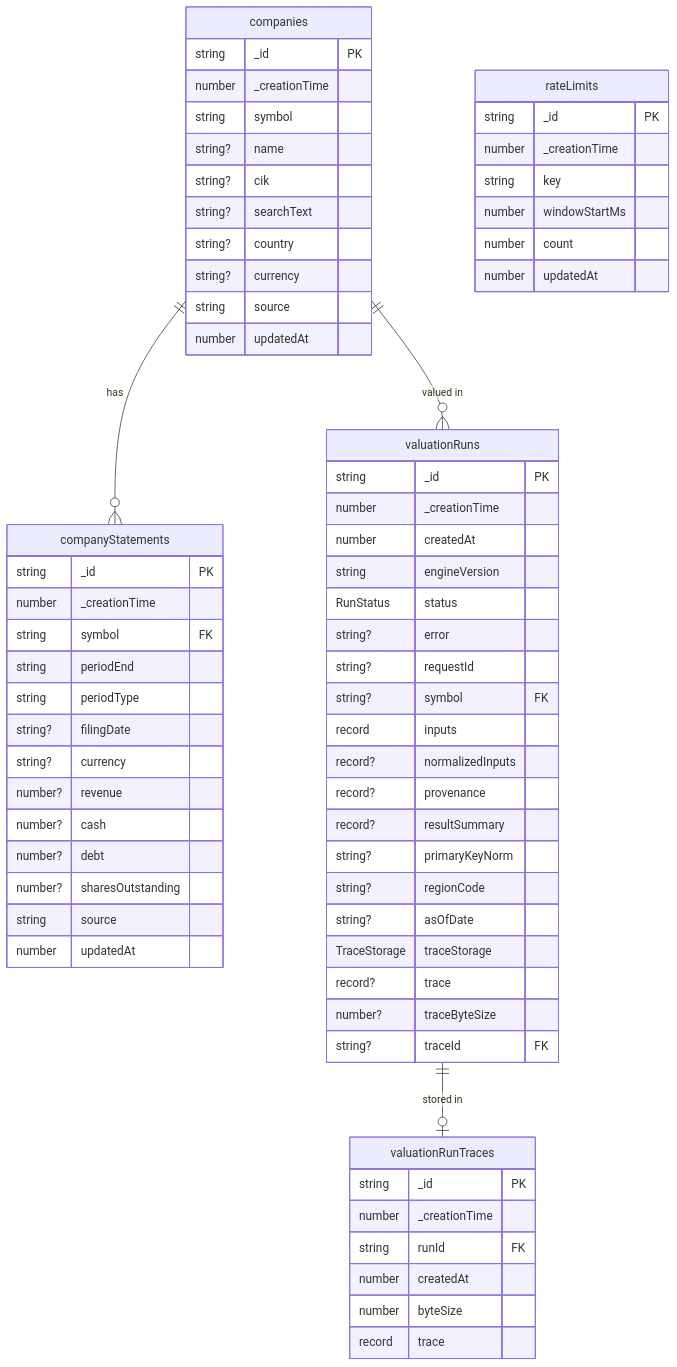
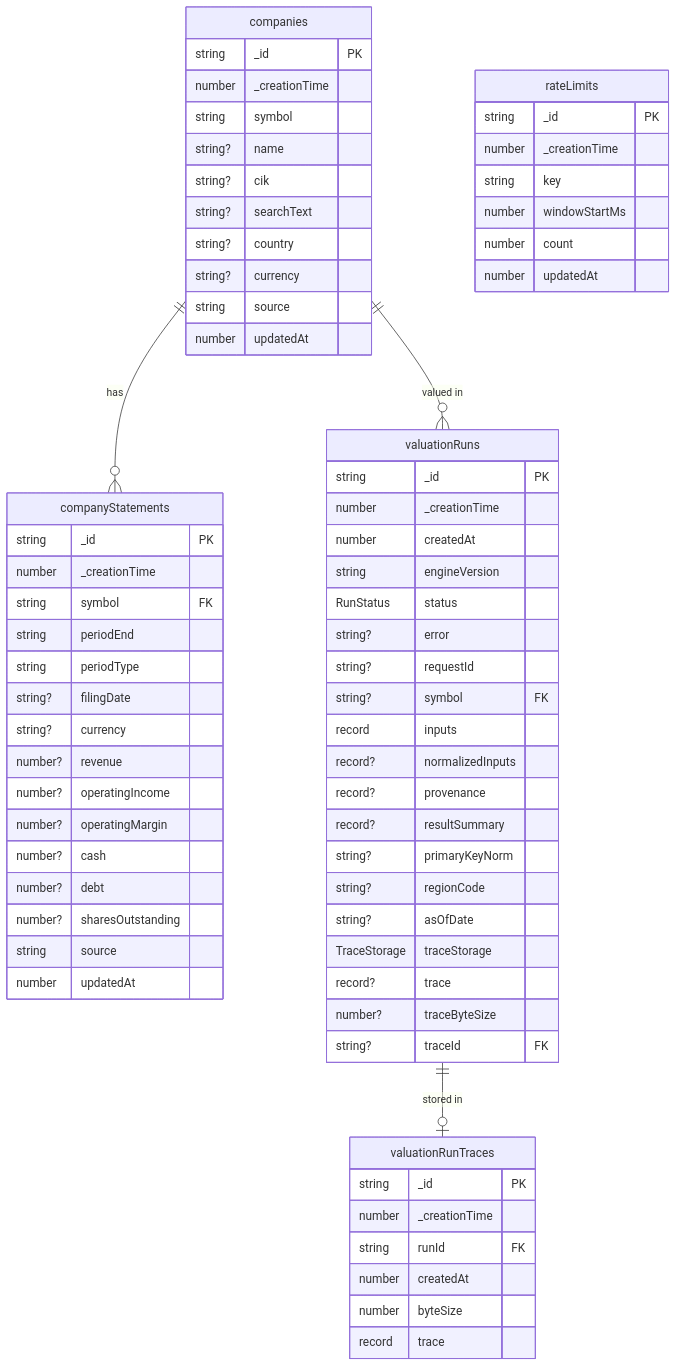
Before and after one commit to nostreet123/DCF-Dashboard: the second of 5 diagrams in DATA_MODEL.md, drawn with Mermaid. The commit also changed other lines of this file and 3 other files, not shown here.

````diff
--- a/DATA_MODEL.md
+++ b/DATA_MODEL.md
@@ -163,75 +167,77 @@
 ```mermaid
 erDiagram
     companies {
         string _id PK
         number _creationTime
         string symbol
         string? name
         string? cik
         string? searchText
         string? country
         string? currency
         string source
         number updatedAt
     }
 
     companyStatements {
         string _id PK
         number _creationTime
         string symbol FK
         string periodEnd
         string periodType
         string? filingDate
         string? currency
         number? revenue
+        number? operatingIncome
+        number? operatingMargin
         number? cash
         number? debt
         number? sharesOutstanding
         string source
         number updatedAt
     }
 
     rateLimits {
         string _id PK
         number _creationTime
         string key
         number windowStartMs
         number count
         number updatedAt
     }
 
     valuationRuns {
         string _id PK
         number _creationTime
         number createdAt
         string engineVersion
         RunStatus status
         string? error
         string? requestId
         string? symbol FK
         record inputs
         record? normalizedInputs
         record? provenance
         record? resultSummary
         string? primaryKeyNorm
         string? regionCode
         string? asOfDate
         TraceStorage traceStorage
         record? trace
         number? traceByteSize
         string? traceId FK
     }
 
     valuationRunTraces {
         string _id PK
         number _creationTime
         string runId FK
         number createdAt
         number byteSize
         record trace
     }
 
     companies ||--o{ companyStatements : "has"
     companies ||--o{ valuationRuns : "valued in"
     valuationRuns ||--o| valuationRunTraces : "stored in"
 ```
````
